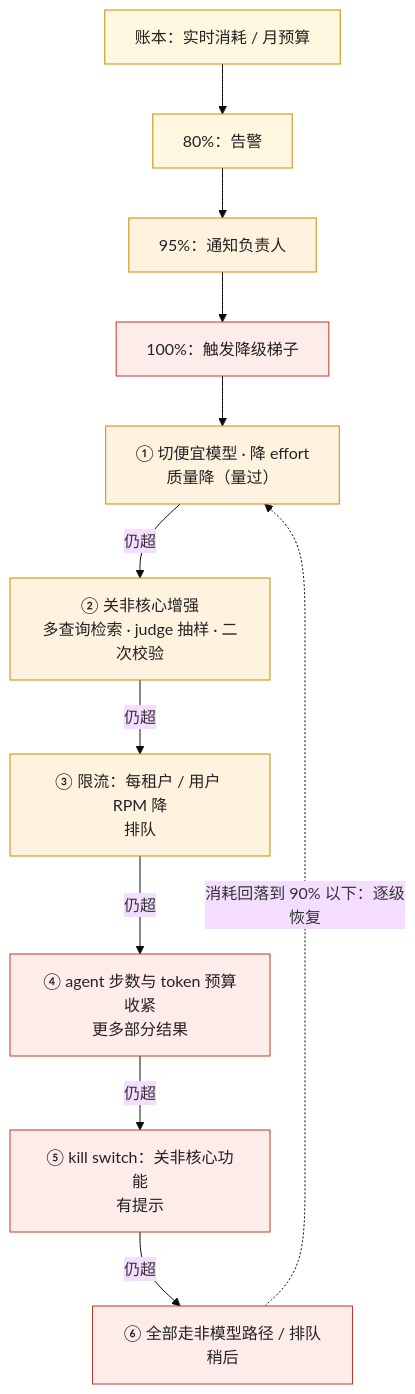
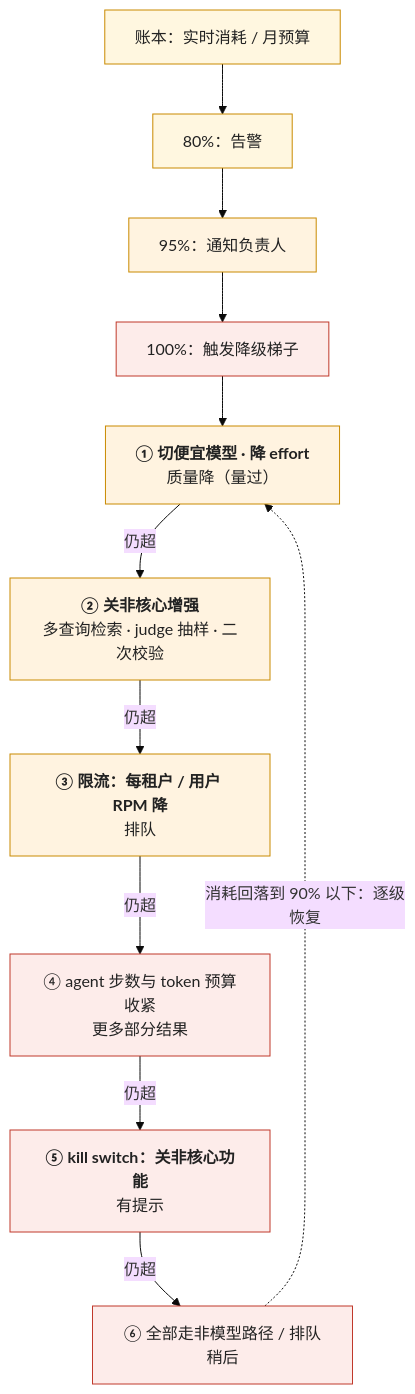
The third of 6 diagrams in _posts/2026-11-09-cost-engineering-from-the-bill-to-cost-per-task.md (arganzheng/arganzheng.github.com), drawn with Mermaid (base theme) before and after one commit. The commit also changed other lines of this file and 7 other files, not shown here.

First line of the commit message:
生产化与运营：让 AI 应用可靠、可控、可持续地跑：Mermaid 多行方框的首行标为标题（8 篇）

````diff
--- a/_posts/2026-11-09-cost-engineering-from-the-bill-to-cost-per-task.md
+++ b/_posts/2026-11-09-cost-engineering-from-the-bill-to-cost-per-task.md
@@ -104,18 +104,18 @@
 ```mermaid
 %% 图：预算的三档与六级降级梯子——账本实时算消耗：80% 告警、95% 通知负责人、100% 开始按梯子降：先切便宜模型 / 降 effort（质量在评测集上量过），再关非核心增强，再限流，再收紧 agent 预算，再 kill switch 关非核心功能，最后全部走非模型路径；消耗回落到 90% 以下逐级恢复
 flowchart TB
     L["账本：实时消耗 / 月预算"] --> T80["80%：告警"] --> T95["95%：通知负责人"] --> T100["100%：触发降级梯子"]
-    T100 --> D1["① 切便宜模型 · 降 effort<br/>质量降（量过）"]
-    D1 -->|"仍超"| D2["② 关非核心增强<br/>多查询检索 · judge 抽样 · 二次校验"]
-    D2 -->|"仍超"| D3["③ 限流：每租户 / 用户 RPM 降<br/>排队"]
+    T100 --> D1["<b>① 切便宜模型 · 降 effort</b><br/>质量降（量过）"]
+    D1 -->|"仍超"| D2["<b>② 关非核心增强</b><br/>多查询检索 · judge 抽样 · 二次校验"]
+    D2 -->|"仍超"| D3["<b>③ 限流：每租户 / 用户 RPM 降</b><br/>排队"]
     D3 -->|"仍超"| D4["④ agent 步数与 token 预算收紧<br/>更多部分结果"]
-    D4 -->|"仍超"| D5["⑤ kill switch：关非核心功能<br/>有提示"]
+    D4 -->|"仍超"| D5["<b>⑤ kill switch：关非核心功能</b><br/>有提示"]
     D5 -->|"仍超"| D6["⑥ 全部走非模型路径 / 排队稍后"]
     D6 -.->|"消耗回落到 90% 以下：逐级恢复"| D1
     classDef n fill:#fff7e0,stroke:#c98a00,color:#222
     classDef warn fill:#fff3e0,stroke:#c98a00,color:#222
     classDef bad fill:#fdecea,stroke:#c0392b,color:#222
     class L,T80 n
     class T95,D1,D2,D3 warn
     class T100,D4,D5,D6 bad
 ```
````
